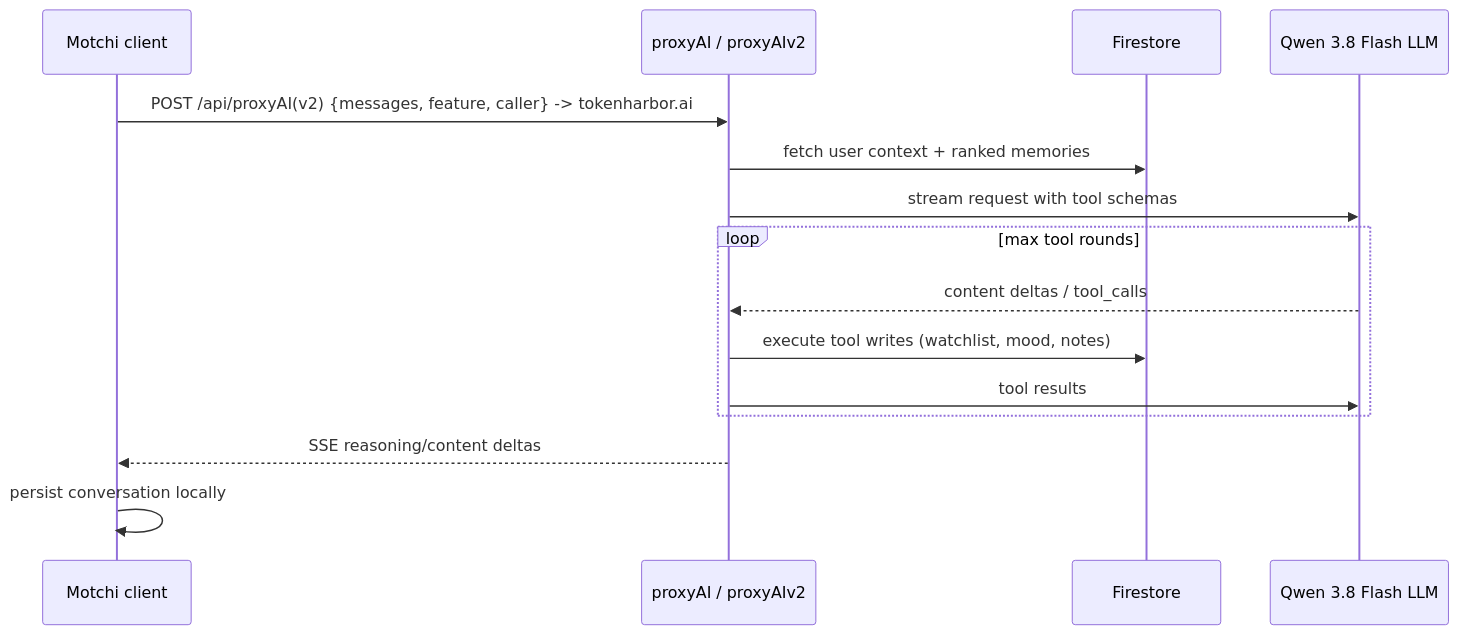
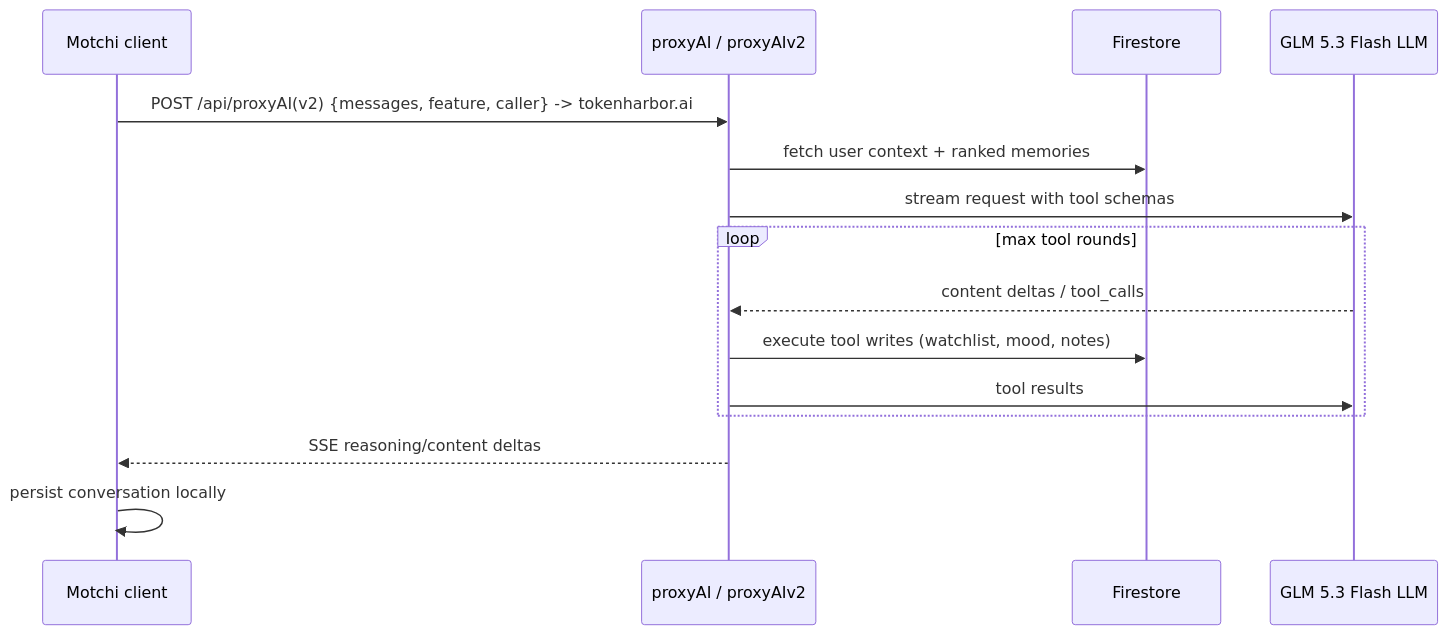
Before and after one commit to khentmoba/Everglow: the sixth of 7 diagrams in docs/ARCHITECTURE.md, drawn with Mermaid. The commit also changed other lines of this file and 9 other files, not shown here.

First line of the commit message:
feat(motchi): use GLM 5.3 Flash instead of Qwen on TokenHarbor

````diff
--- a/docs/ARCHITECTURE.md
+++ b/docs/ARCHITECTURE.md
@@ -260,18 +260,18 @@
 ```mermaid
 sequenceDiagram
   participant C as Motchi client
   participant F as proxyAI / proxyAIv2
   participant DB as Firestore
-  participant L as Qwen 3.8 Flash LLM
+  participant L as GLM 5.3 Flash LLM
 
   C->>F: POST /api/proxyAI(v2) {messages, feature, caller} -> tokenharbor.ai
   F->>DB: fetch user context + ranked memories
   F->>L: stream request with tool schemas
   loop max tool rounds
     L-->>F: content deltas / tool_calls
     F->>DB: execute tool writes (watchlist, mood, notes)
     F->>L: tool results
   end
   F-->>C: SSE reasoning/content deltas
   C->>C: persist conversation locally
 ```
````
